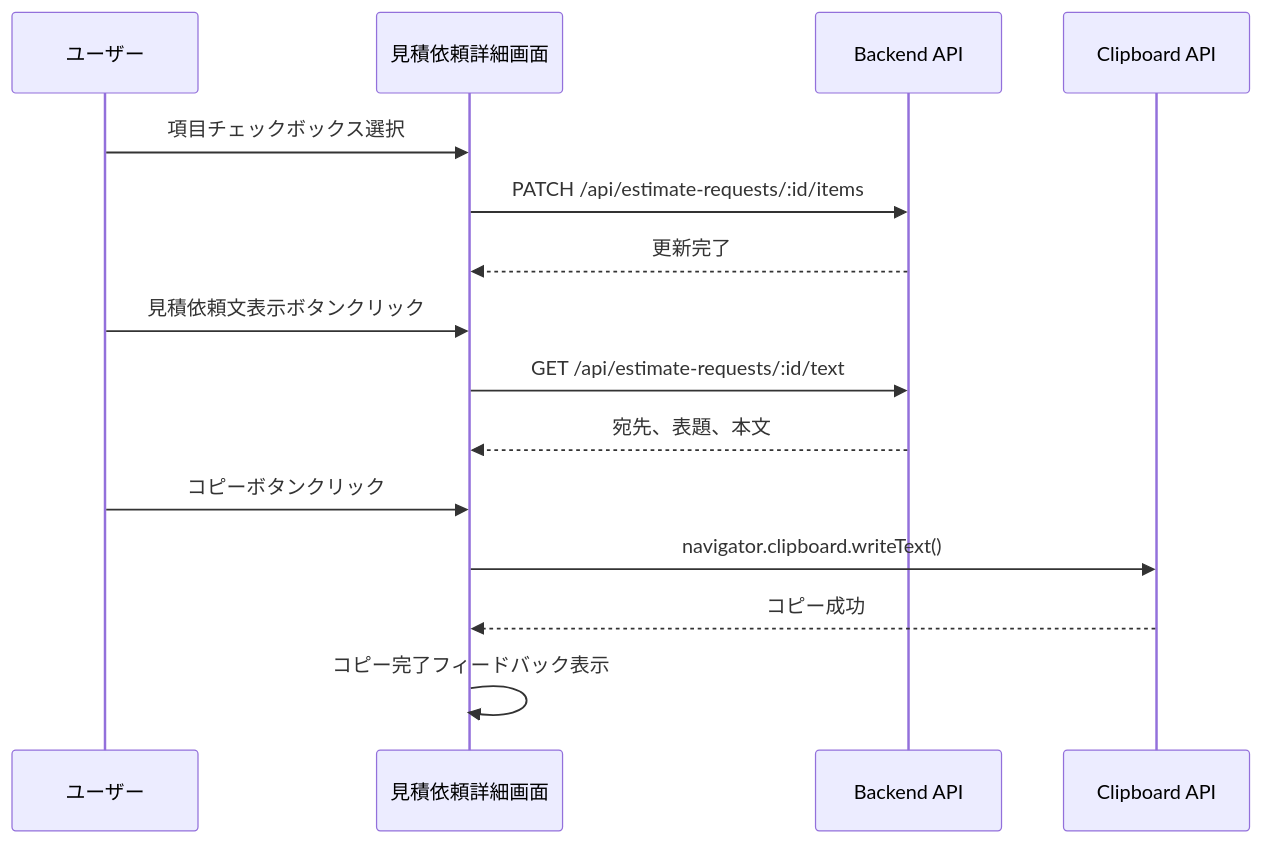
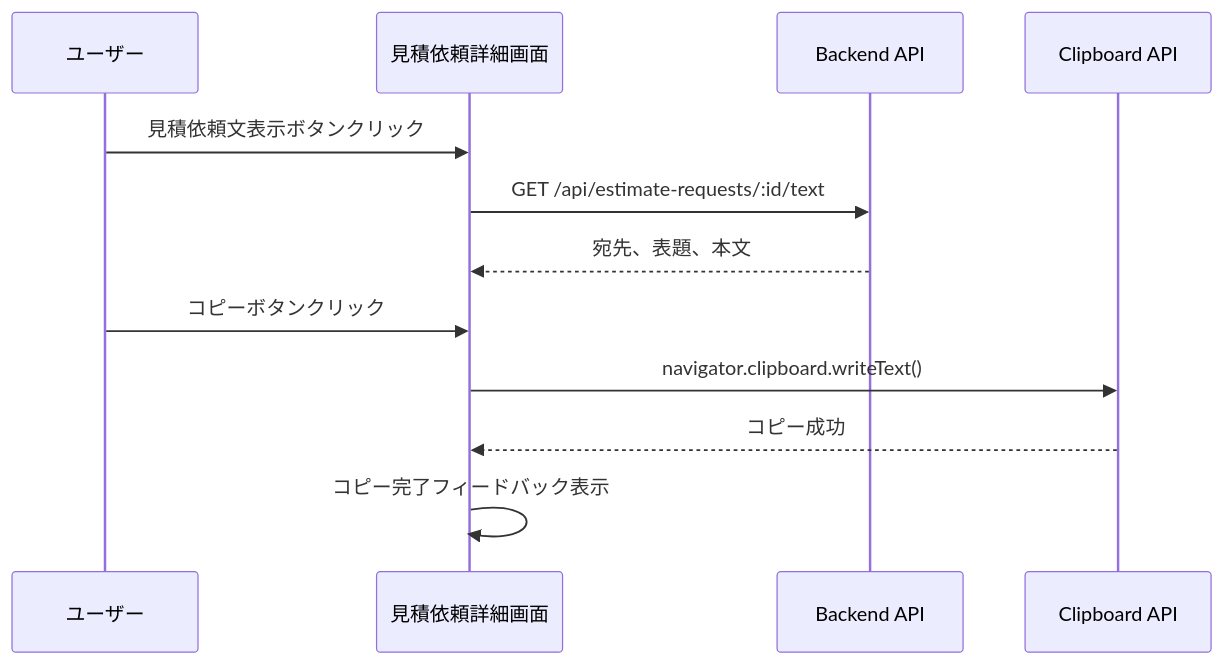
One commit to inakanou/ArchiTrack changed the fourth of 6 diagrams in .kiro/specs/estimate-request/design.md. Above: the diagram before and after it, drawn with Mermaid. The commit also changed other lines of this file and 30 other files, not shown here.

````diff
--- a/.kiro/specs/estimate-request/design.md
+++ b/.kiro/specs/estimate-request/design.md
@@ -178,18 +204,15 @@
 ```mermaid
 sequenceDiagram
     participant User as ユーザー
     participant UI as 見積依頼詳細画面
     participant API as Backend API
     participant Clipboard as Clipboard API
 
-    User->>UI: 項目チェックボックス選択
-    UI->>API: PATCH /api/estimate-requests/:id/items
-    API-->>UI: 更新完了
     User->>UI: 見積依頼文表示ボタンクリック
     UI->>API: GET /api/estimate-requests/:id/text
     API-->>UI: 宛先、表題、本文
     User->>UI: コピーボタンクリック
     UI->>Clipboard: navigator.clipboard.writeText()
     Clipboard-->>UI: コピー成功
     UI->>UI: コピー完了フィードバック表示
 ```
````
